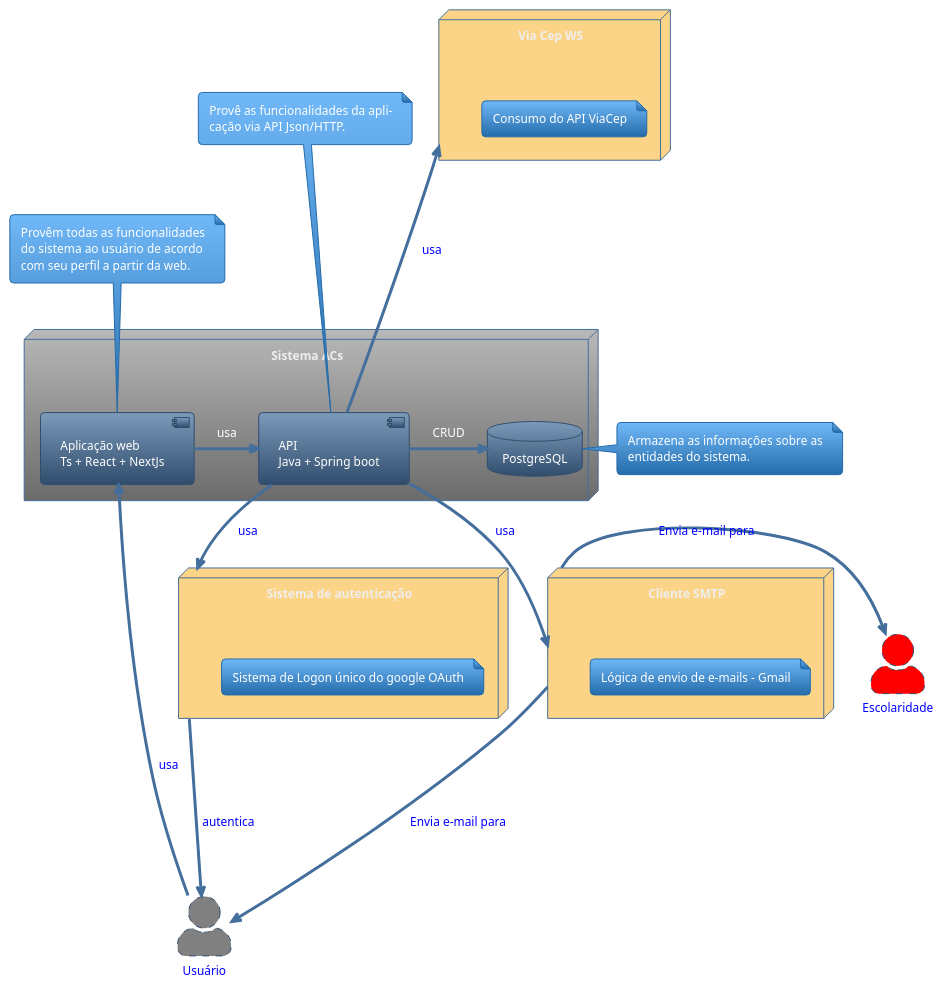
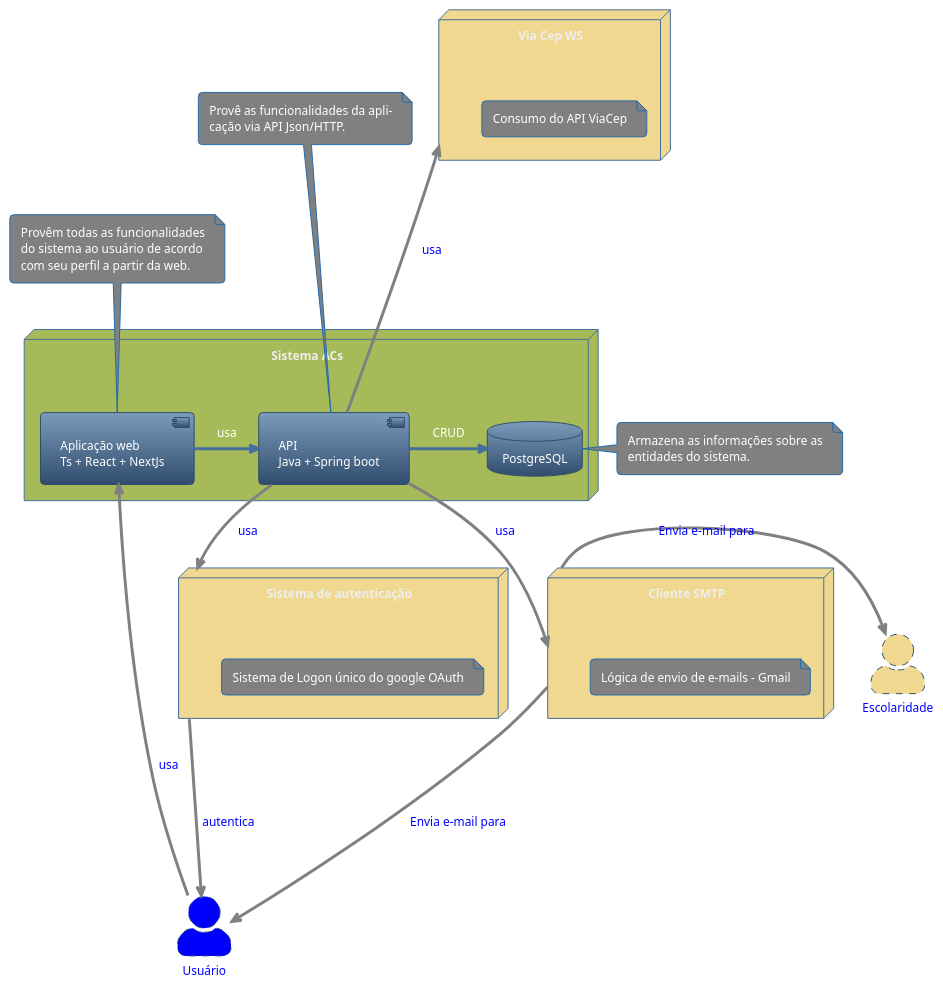
One commit to kvojps/sistema-acs changed the diagram in sistema-docs/src/2. Níveis/2.2 Container - C2/diagrama-c2.puml. Above: the diagram before and after it, drawn with PlantUML. The commit also changed 2 other files, not shown here.

Commit message:
padronizando cores dos diagramas c1 ao c3

```diff
--- a/sistema-docs/src/2. Níveis/2.2 Container - C2/diagrama-c2.puml
+++ b/sistema-docs/src/2. Níveis/2.2 Container - C2/diagrama-c2.puml
@@ -1,63 +1,63 @@
 @startuml Diagrama c2 - container
 !theme spacelab
 skinparam actorStyle awesome
 
-node "Sistema ACs" {
+node "Sistema ACs" #a7ba59 {
     [Aplicação web\nTs + React + NextJs] as front
     [API\nJava + Spring boot] as back
     database "PostgreSQL"
 
     front -right--> back: usa
     back -right--> PostgreSQL: CRUD
 }
 
-node "Cliente SMTP" as SMTP #fcd487 {
-    note as N0
+node "Cliente SMTP" as SMTP #f0d890 {
+    note as N0 #Gray
         Lógica de envio de e-mails - Gmail
     end note
 }
 
-node "Sistema de autenticação" as Auth #fcd487 {
-    note as N1
+node "Sistema de autenticação" as Auth #f0d890 {
+    note as N1 #Gray
         Sistema de Logon único do google OAuth
     end note
 }
 
-node "Via Cep WS" as ViaCep #fcd487 {
-    note as N2
+node "Via Cep WS" as ViaCep #f0d890 {
+    note as N2 #Gray
         Consumo do API ViaCep
     end note
 }
 
-note as front_note
+note as front_note #Gray
     Provêm todas as funcionalidades
     do sistema ao usuário de acordo
     com seu perfil a partir da web.
 end note
 
-note as back_note
+note as back_note #Gray
     Provê as funcionalidades da apli-
     cação via API Json/HTTP.
 end note
 
-note as db_note
+note as db_note #Gray
     Armazena as informações sobre as
     entidades do sistema.
 end note
 
-front -up-> front_note
-back -up--> back_note
-PostgreSQL -right-> db_note
+front -up-> front_note #line:gray;
+back -up--> back_note #line:gray;
+PostgreSQL -right-> db_note #line:gray;
 
-Actor Usuário #gray;line.dashed;text:blue
-Actor Escolaridade #red;line.dashed;text:blue
+Actor Usuário #Blue;line.dashed;text:blue
+Actor Escolaridade #f0d890;line.dashed;text:blue
 
-back -down-> Auth #text:blue : usa
-back -down-> SMTP #text:blue : usa
-back -up--> ViaCep #text:blue : usa
-Usuário -up-> front #text:blue : usa
+back -down-> Auth #line:gray;text:blue : usa
+back -down-> SMTP #line:gray;text:blue : usa
+back -up--> ViaCep #line:gray;text:blue : usa
+Usuário -up-> front #line:gray;text:blue : usa
 
-Auth -> Usuário #text:blue : autentica
-SMTP -down--> Usuário #text:blue : Envia e-mail para
-SMTP -right-> Escolaridade #text:blue : Envia e-mail para
+Auth -> Usuário #line:gray;text:blue : autentica
+SMTP -down--> Usuário #line:gray;text:blue : Envia e-mail para
+SMTP -right-> Escolaridade #line:gray;text:blue : Envia e-mail para
 @enduml
```
